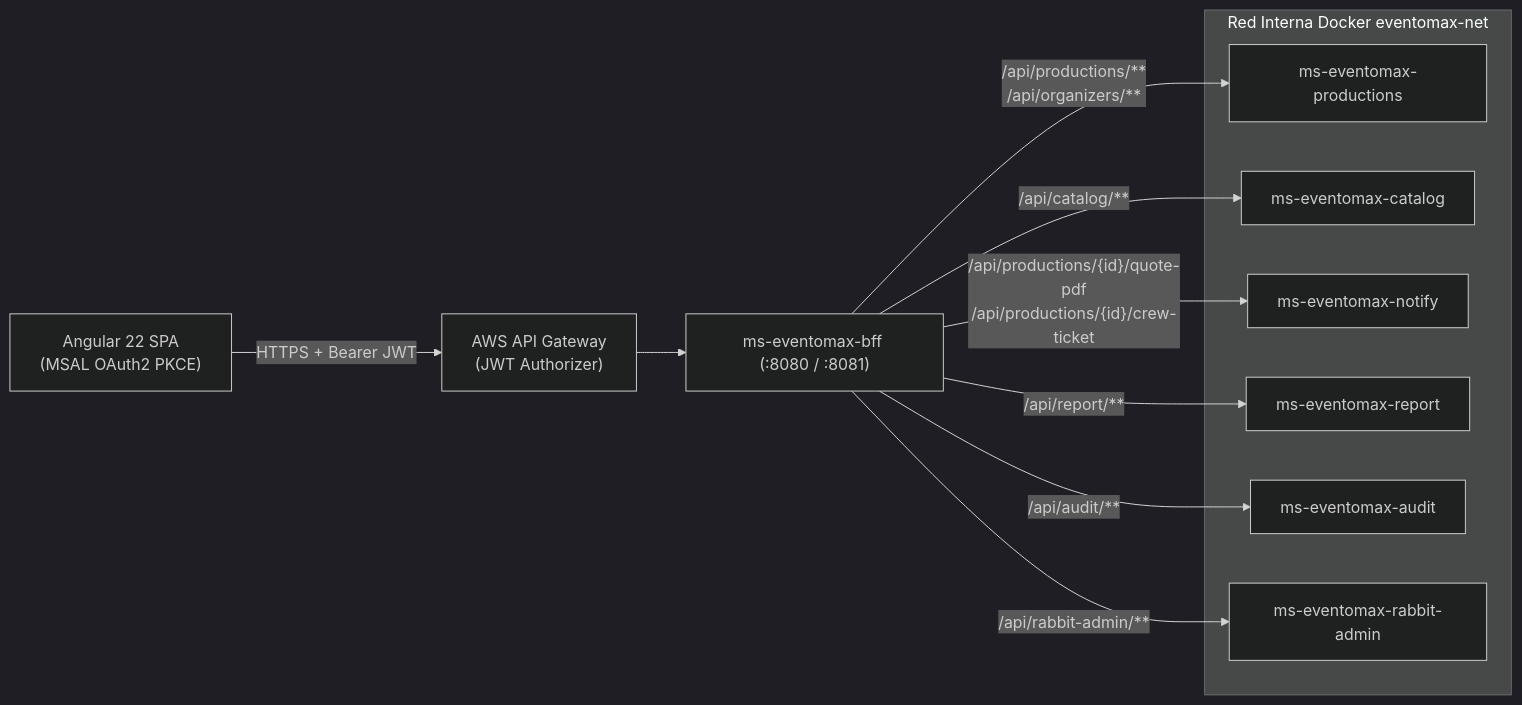
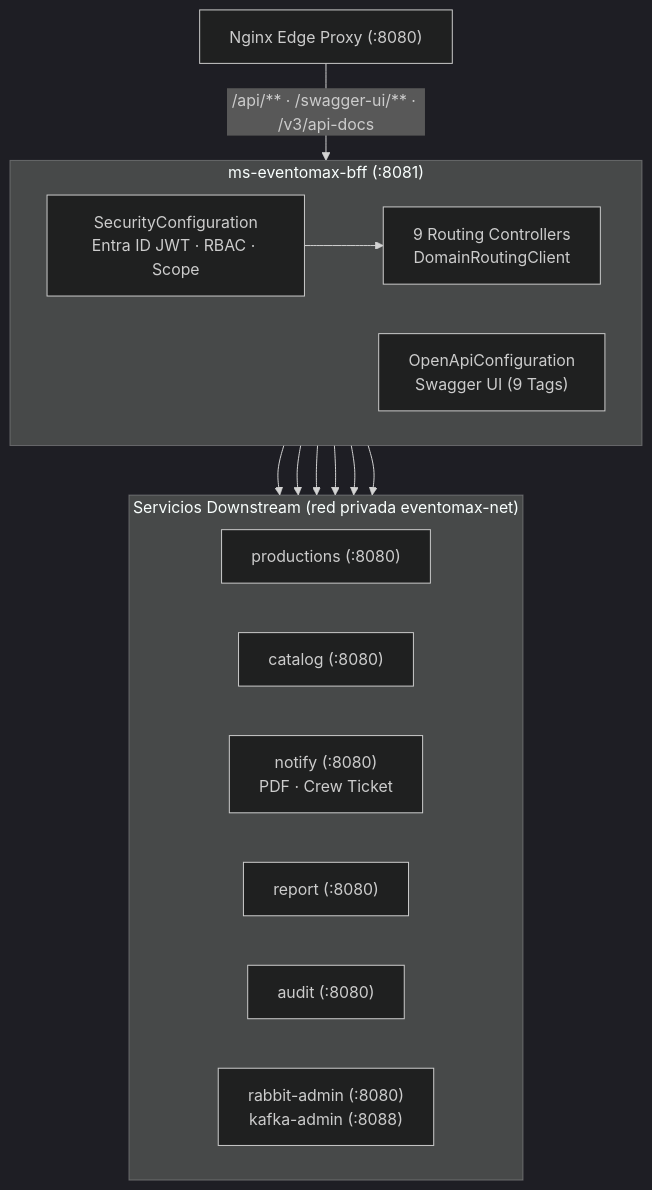
Before and after one commit to Nachovn12/ms-eventomax-bff: the diagram in README.md, drawn with Mermaid (dark theme). The commit also changed other lines of this file and 9 other files, not shown here.

Commit message:
docs: standardize professional README with banner, stack icons and Mermaid diagram

````diff
--- a/README.md
+++ b/README.md
@@ -22,21 +90,29 @@
 ```mermaid
-flowchart LR
-    SPA["Angular 22 SPA<br/>(MSAL OAuth2 PKCE)"] -->|"HTTPS + Bearer JWT"| APIGW["AWS API Gateway<br/>(JWT Authorizer)"]
-    APIGW --> BFF["ms-eventomax-bff (:8080 / :8081)"]
+flowchart TB
+    Edge["Nginx Edge Proxy (:8080)"] -->|"/api/** · /swagger-ui/** · /v3/api-docs"| BFF
 
-    subgraph group1["Red Interna Docker eventomax-net"]
-        PROD["ms-eventomax-productions"]
-        CAT["ms-eventomax-catalog"]
-        NOTIFY["ms-eventomax-notify"]
-        REP["ms-eventomax-report"]
-        AUD["ms-eventomax-audit"]
-        RADMIN["ms-eventomax-rabbit-admin"]
+    subgraph BFF["ms-eventomax-bff (:8081)"]
+        direction LR
+        SEC["SecurityConfiguration<br/>Entra ID JWT · RBAC · Scope"]
+        ROUTE["9 Routing Controllers<br/>DomainRoutingClient"]
+        OAPI["OpenApiConfiguration<br/>Swagger UI (9 Tags)"]
+        SEC --> ROUTE
     end
 
-    BFF -->|"/api/productions/**<br/>/api/organizers/**"| PROD
-    BFF -->|"/api/catalog/**"| CAT
-    BFF -->|"/api/productions/{id}/quote-pdf<br/>/api/productions/{id}/crew-ticket"| NOTIFY
-    BFF -->|"/api/report/**"| REP
-    BFF -->|"/api/audit/**"| AUD
-    BFF -->|"/api/rabbit-admin/**"| RADMIN
+    subgraph Downstream["Servicios Downstream (red privada eventomax-net)"]
+        direction LR
+        PROD["productions (:8080)"]
+        CAT["catalog (:8080)"]
+        NOT["notify (:8080)<br/>PDF · Crew Ticket"]
+        REP["report (:8080)"]
+        AUD["audit (:8080)"]
+        ADM["rabbit-admin (:8080)<br/>kafka-admin (:8088)"]
+    end
+
+    ROUTE --> PROD
+    ROUTE --> CAT
+    ROUTE --> NOT
+    ROUTE --> REP
+    ROUTE --> AUD
+    ROUTE --> ADM
 ```
````
